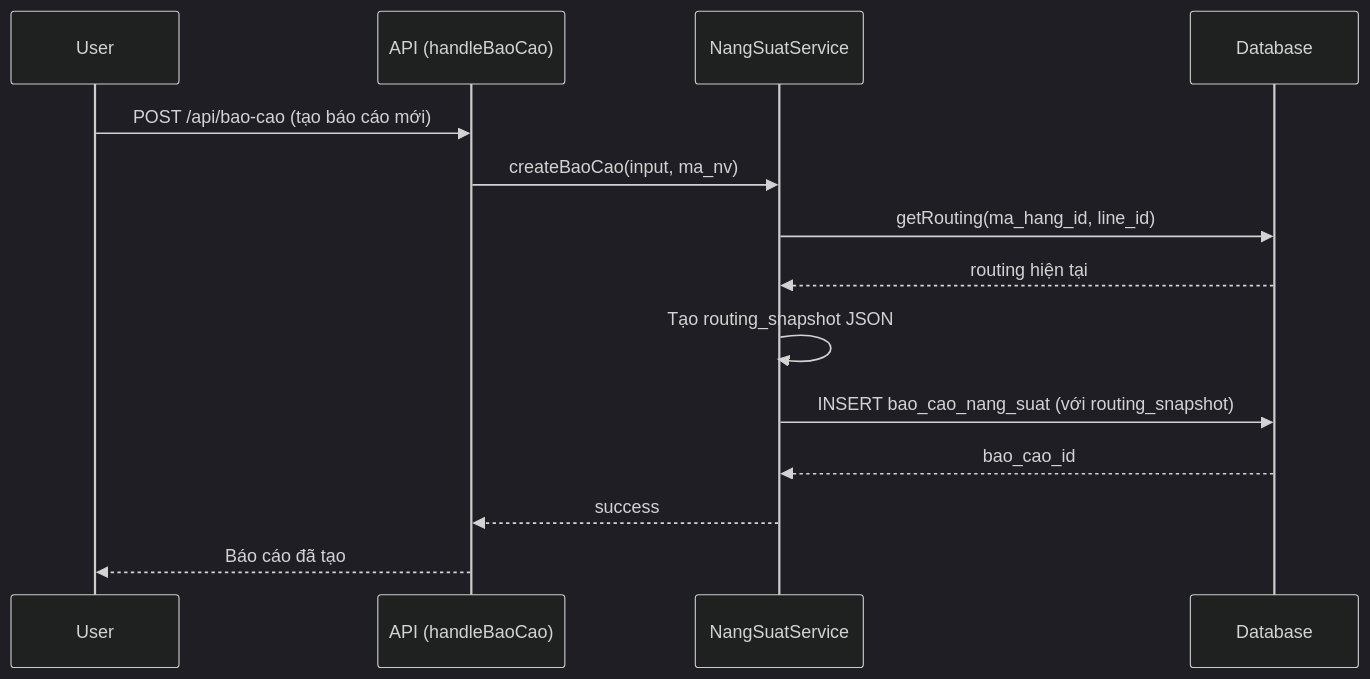
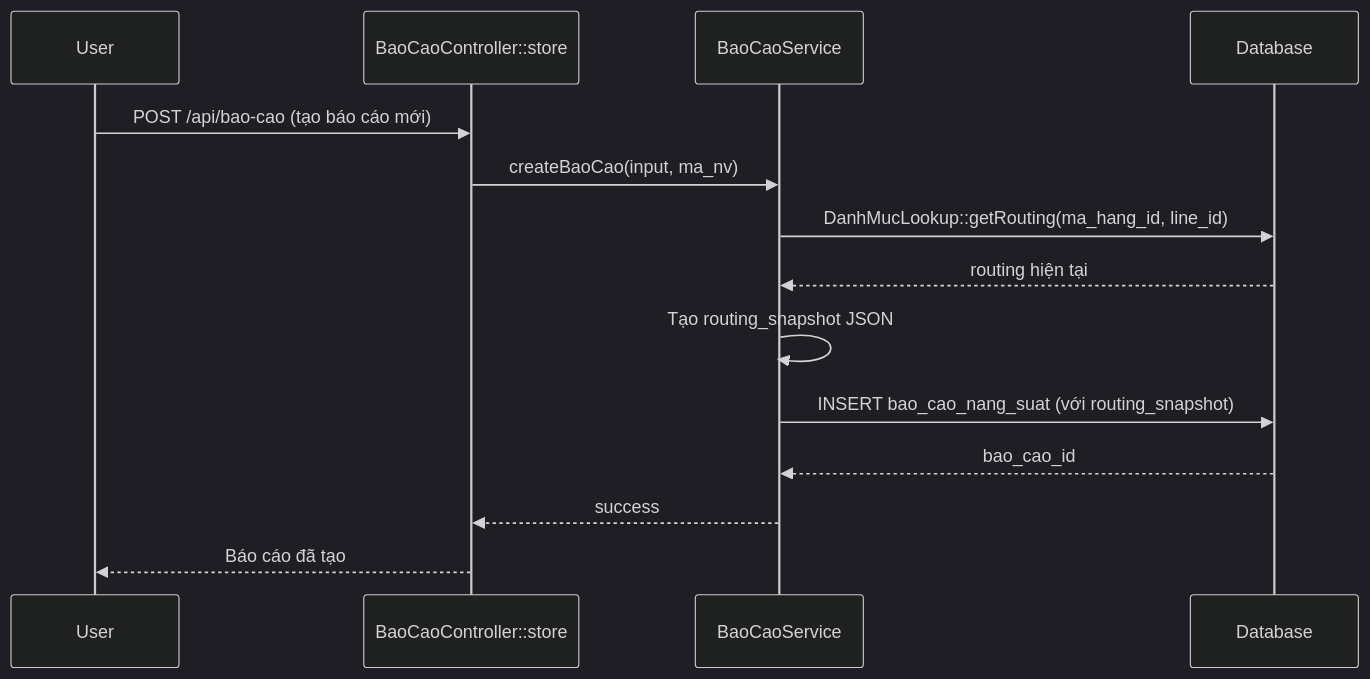
One commit to levanminhduc/baonangsuat changed the first of 2 diagrams in docs/how-routing-snapshot.md. Above: the diagram before and after it, drawn with Mermaid (dark theme). The commit also changed other lines of this file and 196 other files, not shown here.

````diff
--- a/docs/how-routing-snapshot.md
+++ b/docs/how-routing-snapshot.md
@@ -9,17 +9,17 @@
 ```mermaid
 sequenceDiagram
     participant User
-    participant API as API (handleBaoCao)
-    participant Service as NangSuatService
+    participant API as BaoCaoController::store
+    participant Service as BaoCaoService
     participant DB as Database
 
     User->>API: POST /api/bao-cao (tạo báo cáo mới)
     API->>Service: createBaoCao(input, ma_nv)
-    Service->>DB: getRouting(ma_hang_id, line_id)
+    Service->>DB: DanhMucLookup::getRouting(ma_hang_id, line_id)
     DB-->>Service: routing hiện tại
     Service->>Service: Tạo routing_snapshot JSON
     Service->>DB: INSERT bao_cao_nang_suat (với routing_snapshot)
     DB-->>Service: bao_cao_id
     Service-->>API: success
     API-->>User: Báo cáo đã tạo
 ```
````
